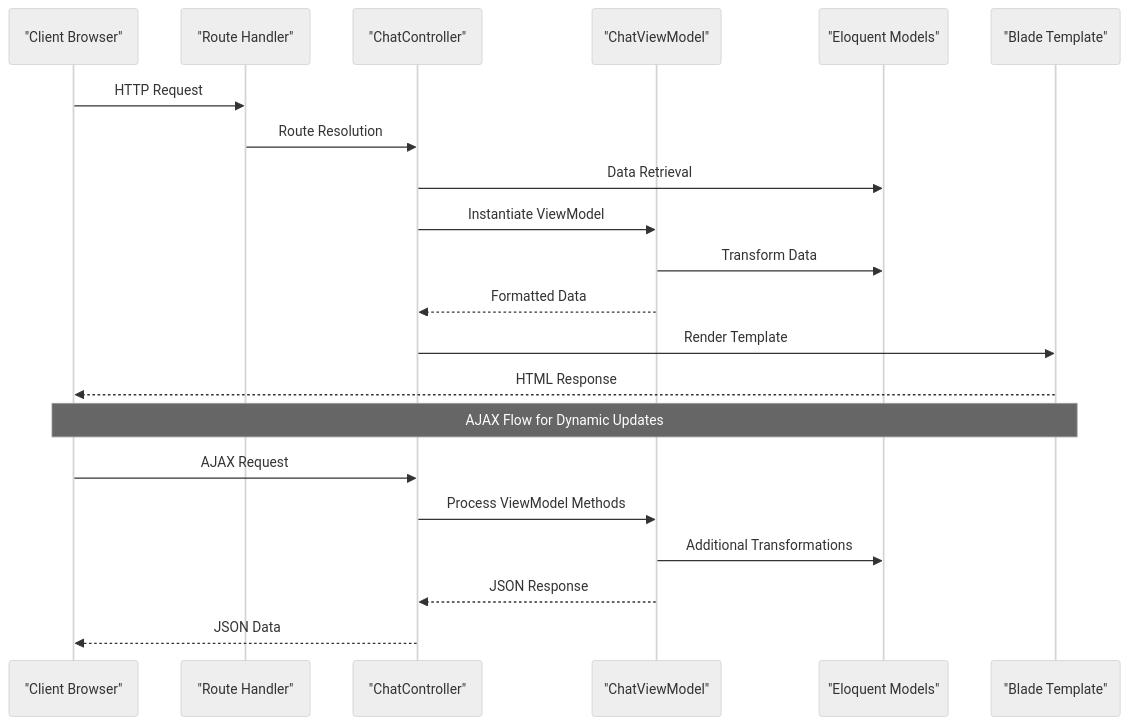
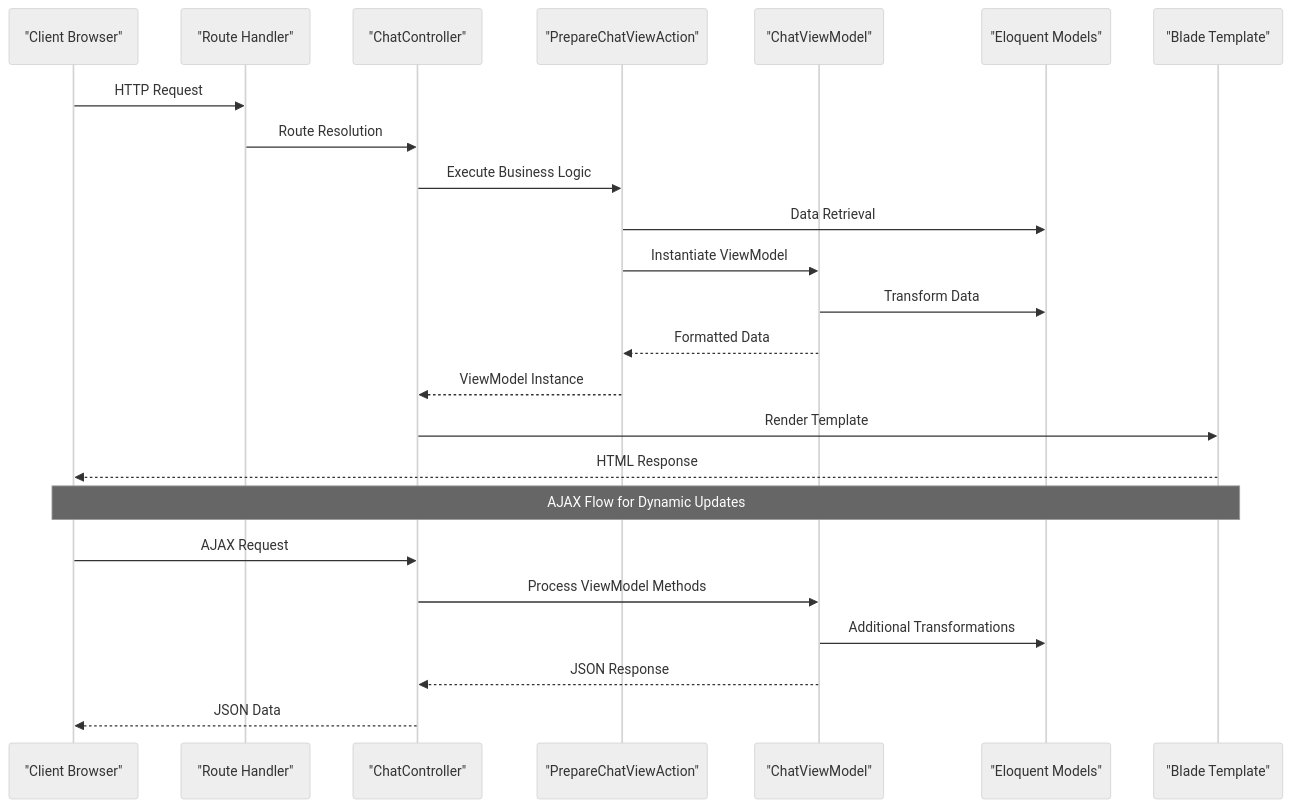
Before and after one commit to siimliimand/laravel-assistant: the second of 4 diagrams in .qoder/repowiki/en/content/ViewModels Specification.md, drawn with Mermaid (neutral theme). The commit also changed other lines of this file and 8 other files, not shown here.

First line of the commit message:
docs(actions): add PrepareChatViewAction and update architecture docs

````diff
--- a/.qoder/repowiki/en/content/ViewModels Specification.md
+++ b/.qoder/repowiki/en/content/ViewModels Specification.md
@@ -107,23 +125,26 @@
 ```mermaid
 sequenceDiagram
 participant Client as "Client Browser"
 participant Route as "Route Handler"
 participant Controller as "ChatController"
+participant Action as "PrepareChatViewAction"
 participant ViewModel as "ChatViewModel"
 participant Model as "Eloquent Models"
 participant View as "Blade Template"
 Client->>Route : HTTP Request
 Route->>Controller : Route Resolution
-Controller->>Model : Data Retrieval
-Controller->>ViewModel : Instantiate ViewModel
+Controller->>Action : Execute Business Logic
+Action->>Model : Data Retrieval
+Action->>ViewModel : Instantiate ViewModel
 ViewModel->>Model : Transform Data
-ViewModel-->>Controller : Formatted Data
+ViewModel-->>Action : Formatted Data
+Action-->>Controller : ViewModel Instance
 Controller->>View : Render Template
 View-->>Client : HTML Response
 Note over Client,View : AJAX Flow for Dynamic Updates
 Client->>Controller : AJAX Request
 Controller->>ViewModel : Process ViewModel Methods
 ViewModel->>Model : Additional Transformations
 ViewModel-->>Controller : JSON Response
 Controller-->>Client : JSON Data
 ```
````
